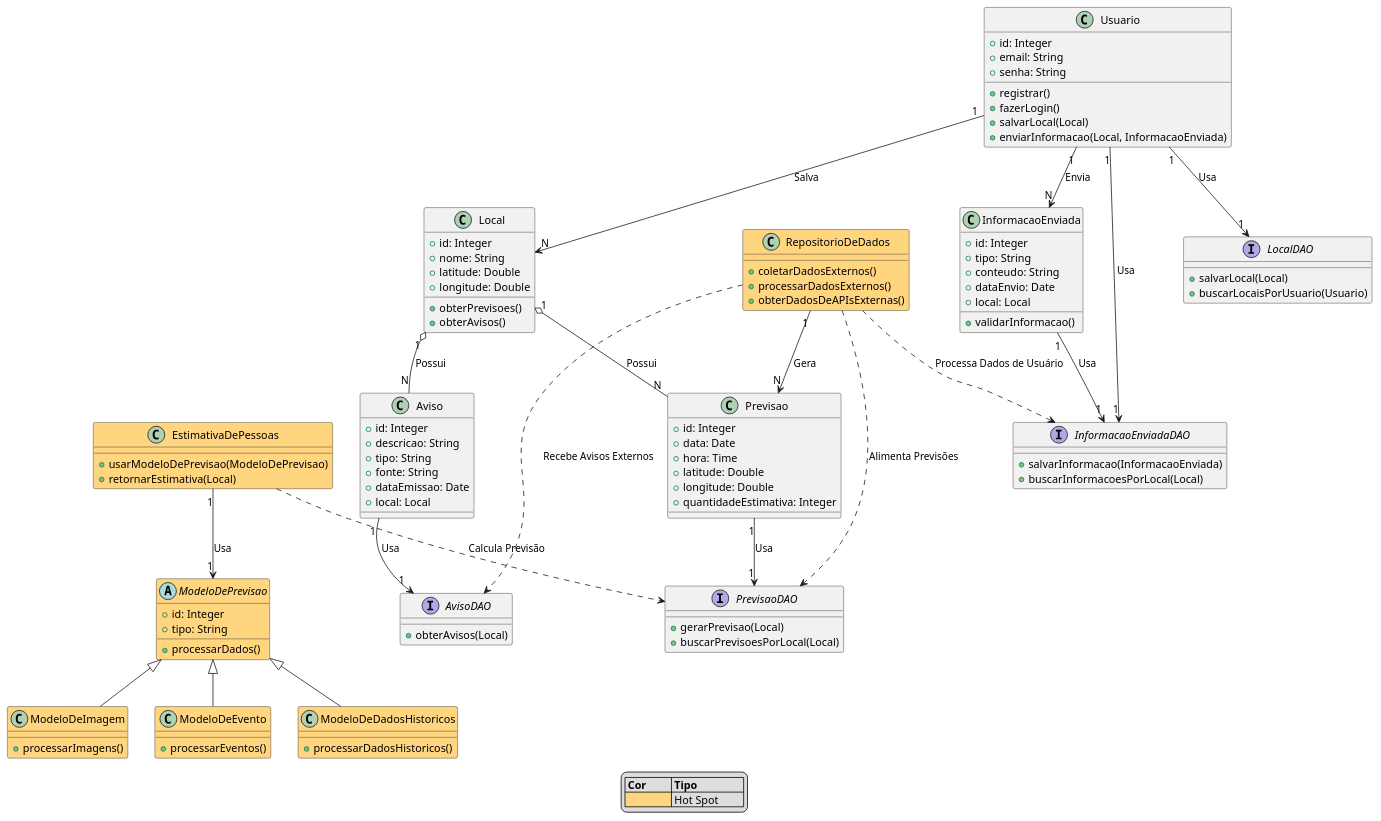
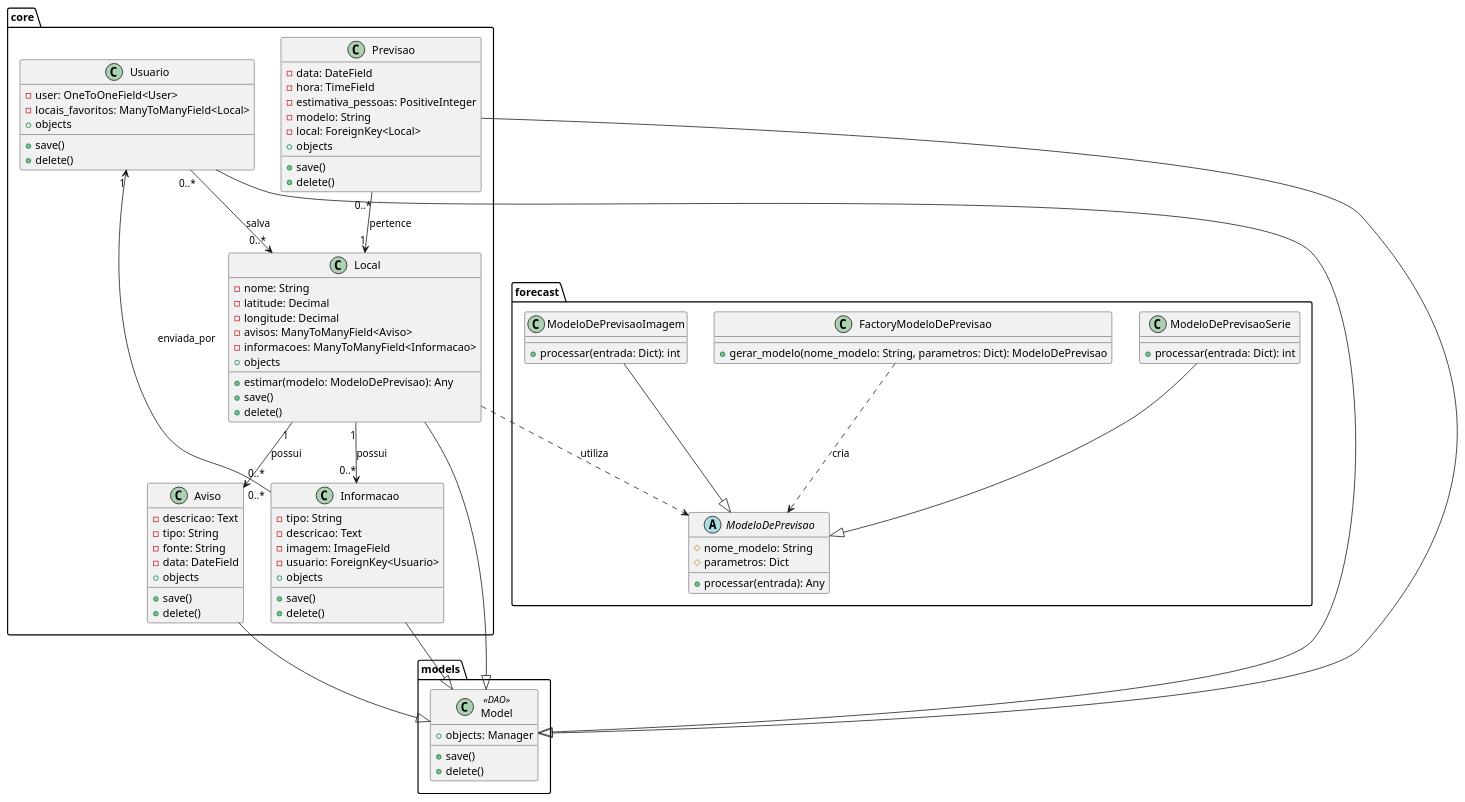
One commit to rodrigomotta1/inf2125 changed the diagram in uml_cd.puml. Above: the diagram before and after it, drawn with PlantUML. The commit also changed 54 other files, not shown here.

```diff
--- a/uml_cd.puml
+++ b/uml_cd.puml
@@ -1,128 +1,114 @@
 @startuml
-skinparam classFontColor automatic
-
-' Legenda para os hot spots
-legend
-|= Cor         |= Tipo            |
-| <#FFD580>      | Hot Spot         |
-endlegend
-
-' Definição das entidades principais e hierarquia de previsões
-class Usuario {
-    +id: Integer
-    +email: String
-    +senha: String
-    +registrar()
-    +fazerLogin()
-    +salvarLocal(Local)
-    +enviarInformacao(Local, InformacaoEnviada)
+package models {
+    ' Representando o DAO padrão do Django
+    class models.Model <<DAO>> {
+        + save()
+        + delete()
+        + objects: Manager
+    }
 }
 
-class Local {
-    +id: Integer
-    +nome: String
-    +latitude: Double
-    +longitude: Double
-    +obterPrevisoes()
-    +obterAvisos()
+package forecast {
+    ' Classe abstrata ModeloDePrevisao
+    abstract class ModeloDePrevisao {
+        # nome_modelo: String
+        # parametros: Dict
+        + processar(entrada): Any
+    }
+
+    ' Classe especializada ModeloDePrevisaoImagem
+    class ModeloDePrevisaoImagem {
+        + processar(entrada: Dict): int
+    }
+
+    ModeloDePrevisaoImagem --|> ModeloDePrevisao
+
+    ' Classe especializada ModeloDePrevisaoSerie
+    class ModeloDePrevisaoSerie {
+        + processar(entrada: Dict): int
+    }
+
+    ModeloDePrevisaoSerie --|> ModeloDePrevisao
+
+    ' Classe Factory para gerar modelos de previsão
+    class FactoryModeloDePrevisao {
+        + gerar_modelo(nome_modelo: String, parametros: Dict): ModeloDePrevisao
+    }
+
+    FactoryModeloDePrevisao ..> ModeloDePrevisao : cria
 }
 
-class Previsao {
-    +id: Integer
-    +data: Date
-    +hora: Time
-    +latitude: Double
-    +longitude: Double
-    +quantidadeEstimativa: Integer
+package core {
+    ' Classe Usuario herda de models.Model
+    class Usuario {
+        - user: OneToOneField<User>
+        - locais_favoritos: ManyToManyField<Local>
+        + save()
+        + delete()
+        + objects
+    }
+
+    Usuario --|> models.Model
+    Usuario "0..*" --> "0..*" Local : salva
+
+    ' Classe Local herda de models.Model
+    class Local {
+        - nome: String
+        - latitude: Decimal
+        - longitude: Decimal
+        - avisos: ManyToManyField<Aviso>
+        - informacoes: ManyToManyField<Informacao>
+        + estimar(modelo: ModeloDePrevisao): Any
+        + save()
+        + delete()
+        + objects
+    }
+
+    Local --|> models.Model
+    Local "1" --> "0..*" Aviso : possui
+    Local "1" --> "0..*" Informacao : possui
+    Local ..> ModeloDePrevisao : utiliza
+
+    ' Classe Previsao herda de models.Model
+    class Previsao {
+        - data: DateField
+        - hora: TimeField
+        - estimativa_pessoas: PositiveInteger
+        - modelo: String
+        - local: ForeignKey<Local>
+        + save()
+        + delete()
+        + objects
+    }
+
+    Previsao --|> models.Model
+    Previsao "0..*" --> "1" Local : pertence
+
+    ' Classe Aviso herda de models.Model
+    class Aviso {
+        - descricao: Text
+        - tipo: String
+        - fonte: String
+        - data: DateField
+        + save()
+        + delete()
+        + objects
+    }
+
+    Aviso --|> models.Model
+
+    ' Classe Informacao herda de models.Model
+    class Informacao {
+        - tipo: String
+        - descricao: Text
+        - imagem: ImageField
+        - usuario: ForeignKey<Usuario>
+        + save()
+        + delete()
+        + objects
+    }
+
+    Informacao --|> models.Model
+    Informacao "0..*" --> "1" Usuario : enviada_por
 }
-
-class Aviso {
-    +id: Integer
-    +descricao: String
-    +tipo: String
-    +fonte: String
-    +dataEmissao: Date
-    +local: Local
-}
-
-class InformacaoEnviada {
-    +id: Integer
-    +tipo: String
-    +conteudo: String
-    +dataEnvio: Date
-    +local: Local
-    +validarInformacao()
-}
-
-' Repositório de Dados (DAO para manipulação de dados)
-interface LocalDAO {
-    +salvarLocal(Local)
-    +buscarLocaisPorUsuario(Usuario)
-}
-
-interface PrevisaoDAO {
-    +gerarPrevisao(Local)
-    +buscarPrevisoesPorLocal(Local)
-}
-
-interface AvisoDAO {
-    +obterAvisos(Local)
-}
-
-interface InformacaoEnviadaDAO {
-    +salvarInformacao(InformacaoEnviada)
-    +buscarInformacoesPorLocal(Local)
-}
-
-' Herança para os modelos de previsão
-abstract class ModeloDePrevisao #FFD580 {
-    +id: Integer
-    +tipo: String
-    +processarDados()
-}
-
-class ModeloDeImagem #FFD580 extends ModeloDePrevisao {
-    +processarImagens()
-}
-
-class ModeloDeEvento #FFD580 extends ModeloDePrevisao {
-    +processarEventos()
-}
-
-class ModeloDeDadosHistoricos #FFD580 extends ModeloDePrevisao {
-    +processarDadosHistoricos()
-}
-
-' Conexão de dados entre Estimativa e Modelo
-class EstimativaDePessoas #FFD580 {
-    +usarModeloDePrevisao(ModeloDePrevisao)
-    +retornarEstimativa(Local)
-}
-
-class RepositorioDeDados #FFD580 {
-    +coletarDadosExternos()
-    +processarDadosExternos()
-    +obterDadosDeAPIsExternas()
-}
-
-' Definindo agregações, herança, dependências e associações para otimizar as interações
-
-Usuario "1" --> "N" Local: Salva
-Usuario "1" --> "N" InformacaoEnviada: Envia
-Local "1" o-- "N" Previsao: Possui
-Local "1" o-- "N" Aviso: Possui
-Usuario "1" --> "1" LocalDAO: Usa
-Usuario "1" --> "1" InformacaoEnviadaDAO: Usa
-Previsao "1" --> "1" PrevisaoDAO: Usa
-Aviso "1" --> "1" AvisoDAO: Usa
-InformacaoEnviada "1" --> "1" InformacaoEnviadaDAO: Usa
-RepositorioDeDados "1" --> "N" Previsao: Gera
-EstimativaDePessoas "1" --> "1" ModeloDePrevisao: Usa
-
-' Adicionando dependências com linhas tracejadas
-RepositorioDeDados ..> InformacaoEnviadaDAO: Processa Dados de Usuário
-RepositorioDeDados ..> AvisoDAO: Recebe Avisos Externos
-RepositorioDeDados ..> PrevisaoDAO: Alimenta Previsões
-EstimativaDePessoas ..> PrevisaoDAO: Calcula Previsão
-
 @enduml
```
